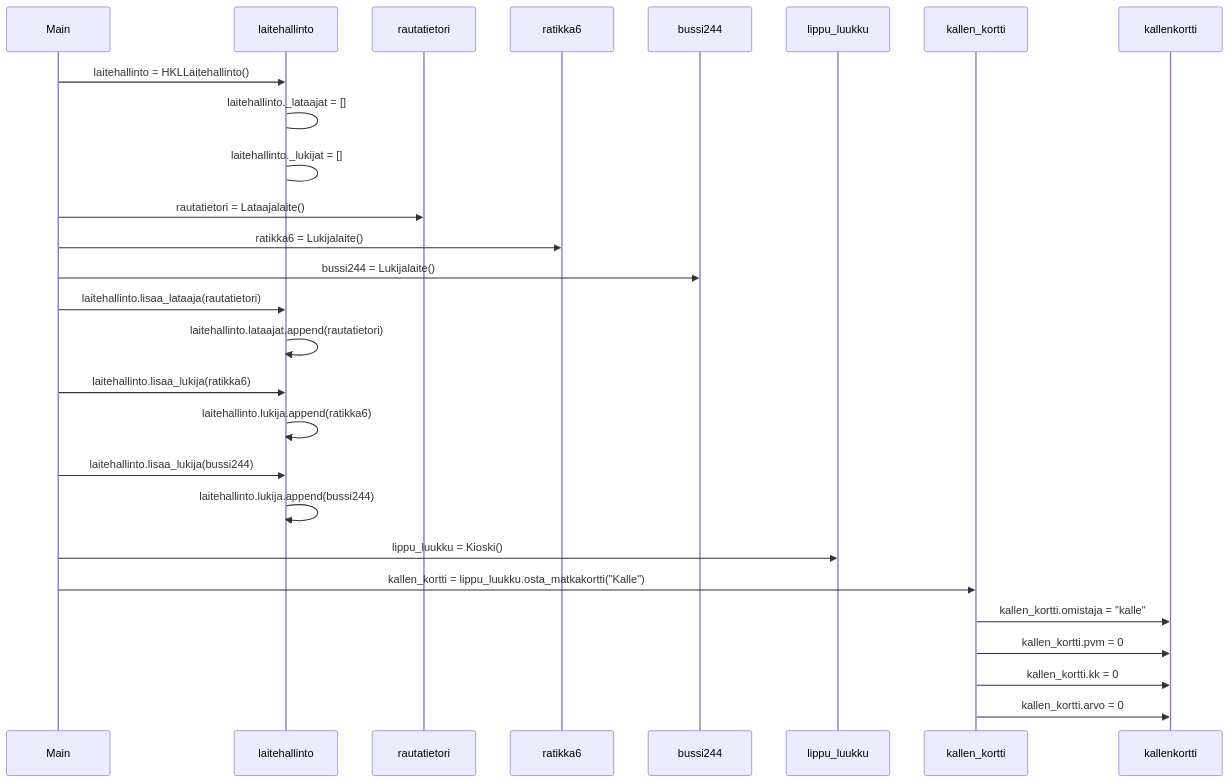
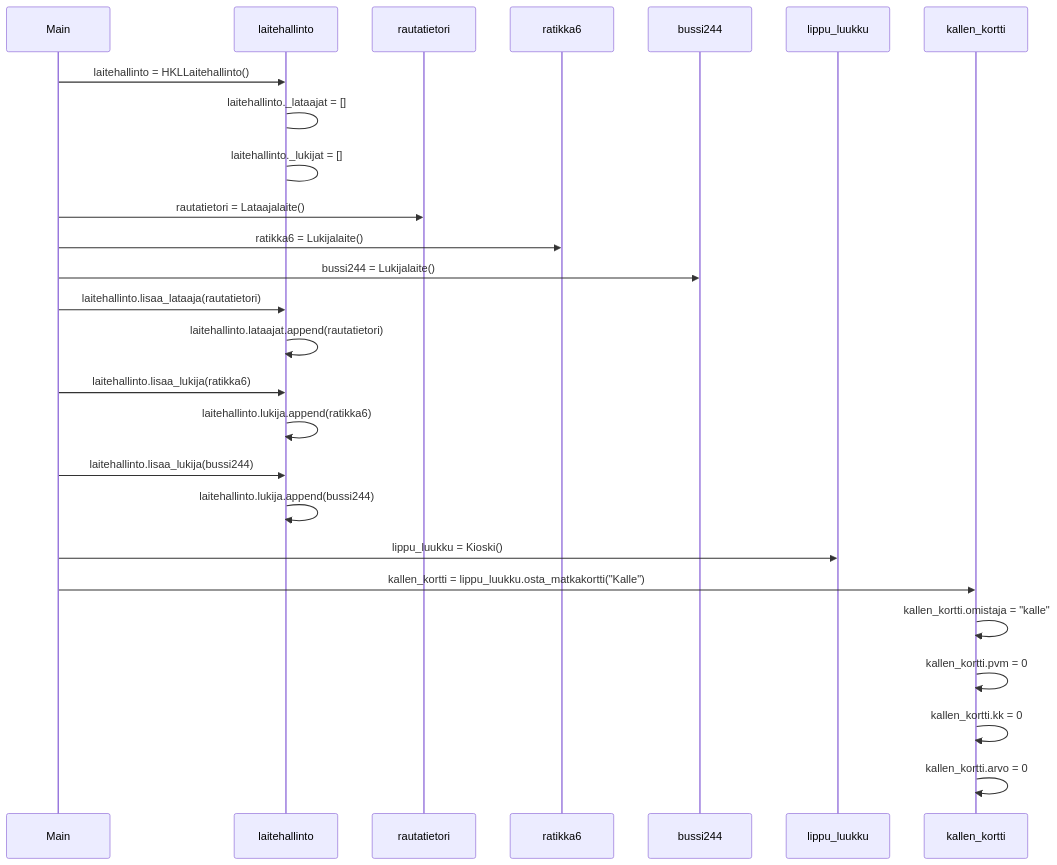
Before and after one commit to EeroAnt/ot-harjoitusty-: the diagram in laskarit/viikko3/matkakorttisekvenssikaavio.md, drawn with Mermaid.

Commit message:
t4 v0.031

````diff
--- a/laskarit/viikko3/matkakorttisekvenssikaavio.md
+++ b/laskarit/viikko3/matkakorttisekvenssikaavio.md
@@ -1,29 +1,29 @@
 ```mermaid
 sequenceDiagram
   participant Main
   participant laitehallinto
   participant rautatietori
   participant ratikka6
   participant bussi244
   participant lippu_luukku
   participant kallen_kortti
   Main->>laitehallinto: laitehallinto = HKLLaitehallinto()
   laitehallinto->laitehallinto: laitehallinto._lataajat = []
   laitehallinto->laitehallinto: laitehallinto._lukijat = []
   Main->>rautatietori: rautatietori = Lataajalaite()
   Main->>ratikka6: ratikka6 = Lukijalaite()
   Main->>bussi244: bussi244 = Lukijalaite()
   Main->>laitehallinto: laitehallinto.lisaa_lataaja(rautatietori)
   laitehallinto->>laitehallinto: laitehallinto.lataajat.append(rautatietori)
   Main->>laitehallinto: laitehallinto.lisaa_lukija(ratikka6)
   laitehallinto->>laitehallinto: laitehallinto.lukija.append(ratikka6)
   Main->>laitehallinto: laitehallinto.lisaa_lukija(bussi244)
   laitehallinto->>laitehallinto: laitehallinto.lukija.append(bussi244)
   Main->>lippu_luukku: lippu_luukku = Kioski()
   Main->>kallen_kortti: kallen_kortti = lippu_luukku.osta_matkakortti("Kalle")
-  kallen_kortti->>kallenkortti: kallen_kortti.omistaja = "kalle"
-  kallen_kortti->>kallenkortti: kallen_kortti.pvm = 0
-  kallen_kortti->>kallenkortti: kallen_kortti.kk = 0
-  kallen_kortti->>kallenkortti: kallen_kortti.arvo = 0
+  kallen_kortti->>kallen_kortti: kallen_kortti.omistaja = "kalle"
+  kallen_kortti->>kallen_kortti: kallen_kortti.pvm = 0
+  kallen_kortti->>kallen_kortti: kallen_kortti.kk = 0
+  kallen_kortti->>kallen_kortti: kallen_kortti.arvo = 0
 
 ```
````
